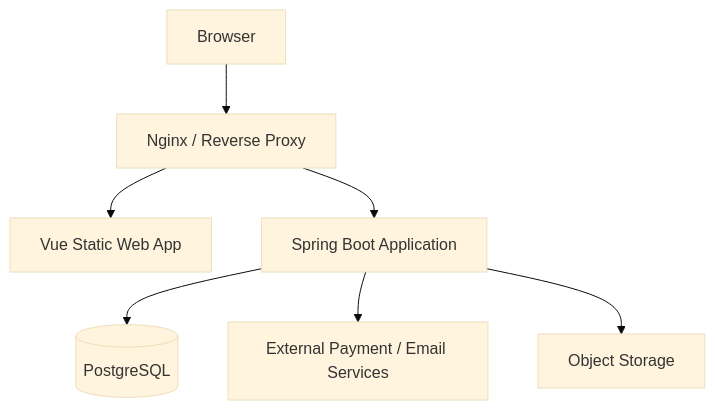
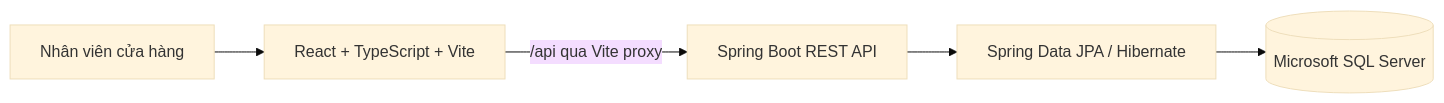
Before and after one commit to 23020717TranThuanVy/ShopSphere-E-commerce-Management-System: the diagram in shopsphere/docs/system-architecture.md, drawn with Mermaid (base theme). The commit also changed other lines of this file and 6 other files, not shown here.

````diff
--- a/shopsphere/docs/system-architecture.md
+++ b/shopsphere/docs/system-architecture.md
@@ -303,9 +9,7 @@
-``` mermaid
-flowchart TB
-    B[Browser] --> N[Nginx / Reverse Proxy]
-    N --> FE[Vue Static Web App]
-    N --> API[Spring Boot Application]
-    API --> DB[(PostgreSQL)]
-    API --> EXT[External Payment / Email Services]
-    API --> STORE[Object Storage]
+```mermaid
+flowchart LR
+  User[Nhân viên cửa hàng] --> FE[React + TypeScript + Vite]
+  FE -->|/api qua Vite proxy| API[Spring Boot REST API]
+  API --> JPA[Spring Data JPA / Hibernate]
+  JPA --> DB[(Microsoft SQL Server)]
 ```
````
